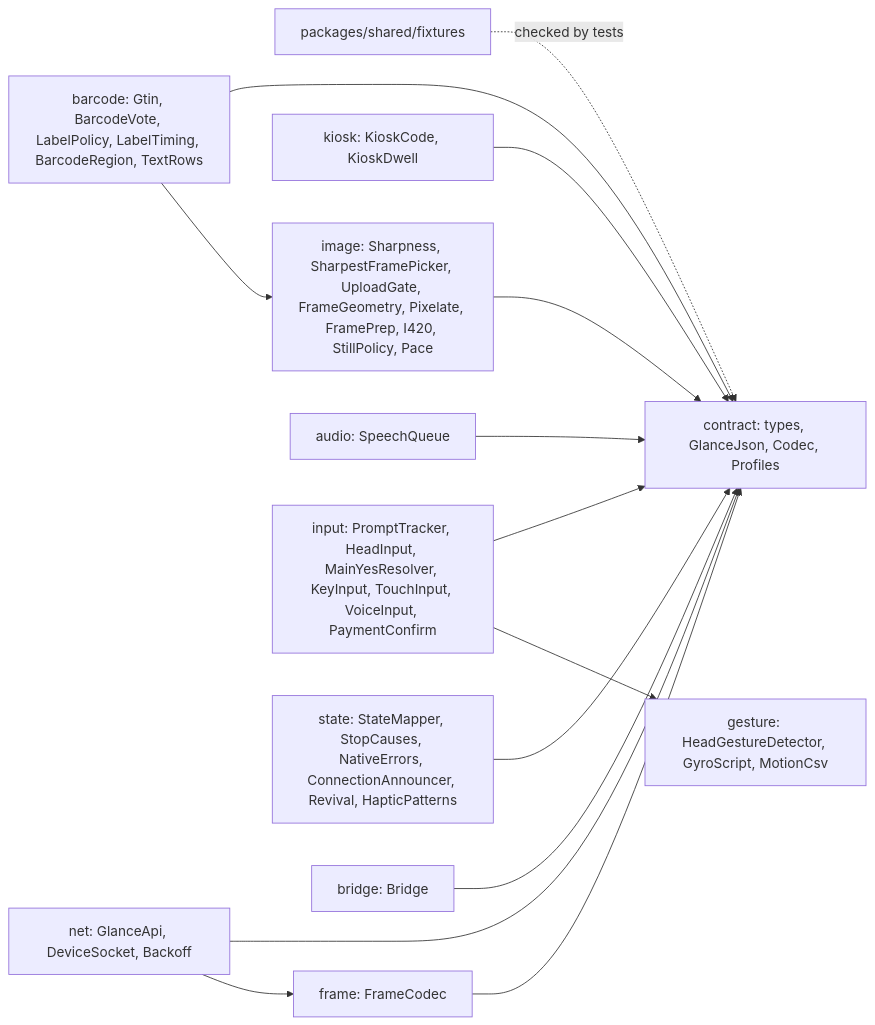
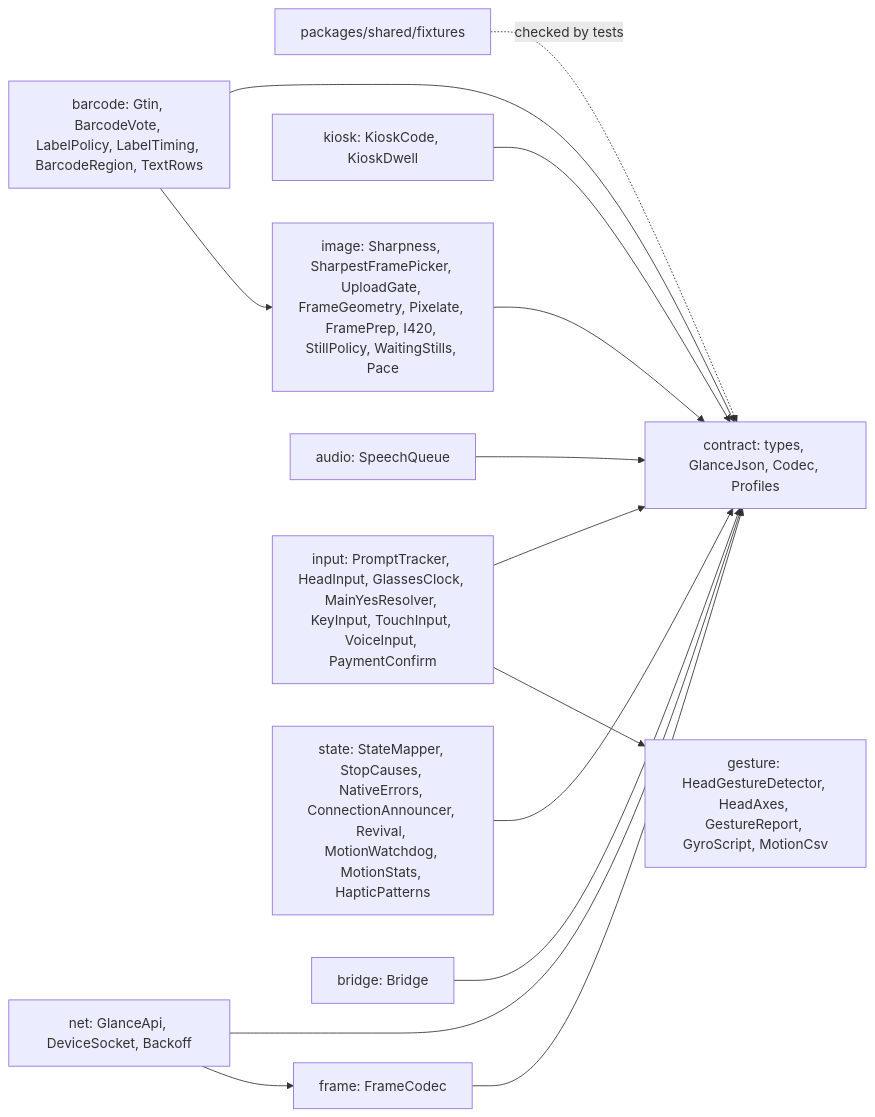
The sixth of 7 diagrams in apps/mobile/android/README.md (mrBymax/glance), drawn with Mermaid before and after one commit. The commit also changed other lines of this file, not shown here.

First line of the commit message:
docs(android): describe the head gestures and how to record real motion

````diff
--- a/apps/mobile/android/README.md
+++ b/apps/mobile/android/README.md
@@ -303,18 +555,18 @@
 ```mermaid
 flowchart LR
     Fixtures[packages/shared/fixtures] -. checked by tests .-> Contract
     Contract[contract: types, GlanceJson, Codec, Profiles]
     Frame[frame: FrameCodec] --> Contract
     Kiosk[kiosk: KioskCode, KioskDwell] --> Contract
     Barcode[barcode: Gtin, BarcodeVote, LabelPolicy, LabelTiming, BarcodeRegion, TextRows] --> Contract
-    Image[image: Sharpness, SharpestFramePicker, UploadGate, FrameGeometry, Pixelate, FramePrep, I420, StillPolicy, Pace] --> Contract
+    Image[image: Sharpness, SharpestFramePicker, UploadGate, FrameGeometry, Pixelate, FramePrep, I420, StillPolicy, WaitingStills, Pace] --> Contract
     Barcode --> Image
-    Gesture[gesture: HeadGestureDetector, GyroScript, MotionCsv]
+    Gesture[gesture: HeadGestureDetector, HeadAxes, GestureReport, GyroScript, MotionCsv]
     Audio[audio: SpeechQueue] --> Contract
-    Input[input: PromptTracker, HeadInput, MainYesResolver, KeyInput, TouchInput, VoiceInput, PaymentConfirm] --> Contract
+    Input[input: PromptTracker, HeadInput, GlassesClock, MainYesResolver, KeyInput, TouchInput, VoiceInput, PaymentConfirm] --> Contract
     Input --> Gesture
-    State[state: StateMapper, StopCauses, NativeErrors, ConnectionAnnouncer, Revival, HapticPatterns] --> Contract
+    State[state: StateMapper, StopCauses, NativeErrors, ConnectionAnnouncer, Revival, MotionWatchdog, MotionStats, HapticPatterns] --> Contract
     Net[net: GlanceApi, DeviceSocket, Backoff] --> Contract
     Net --> Frame
     BridgeText[bridge: Bridge] --> Contract
 ```
````
